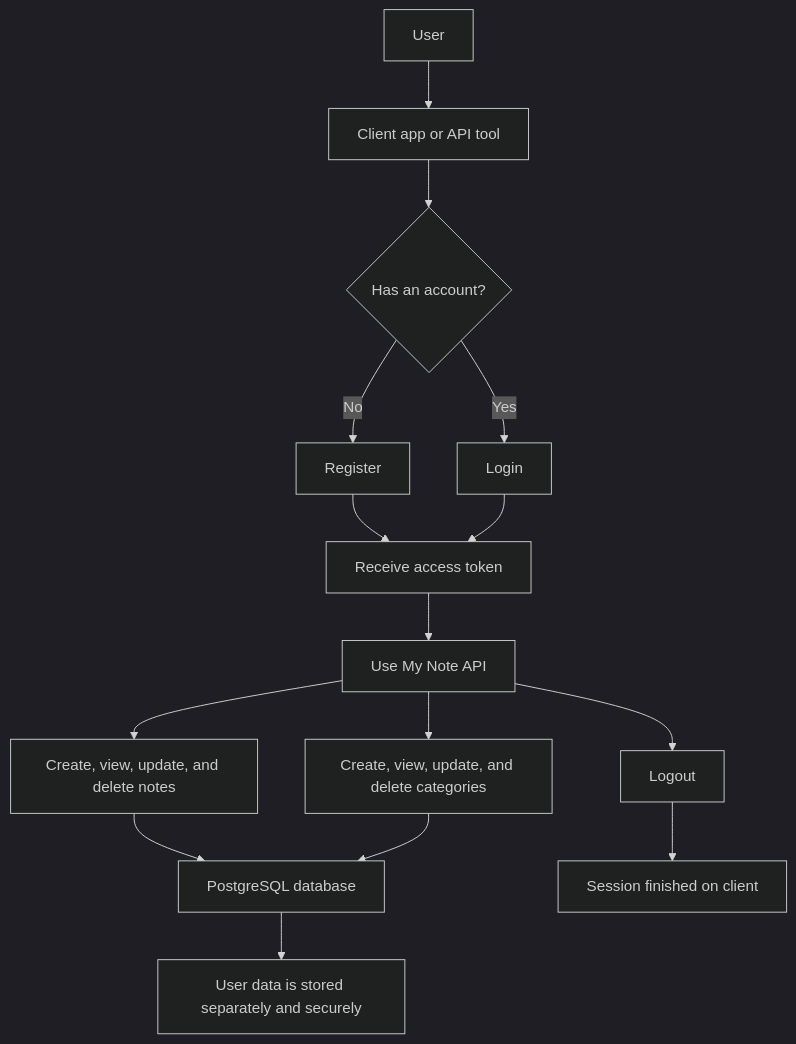
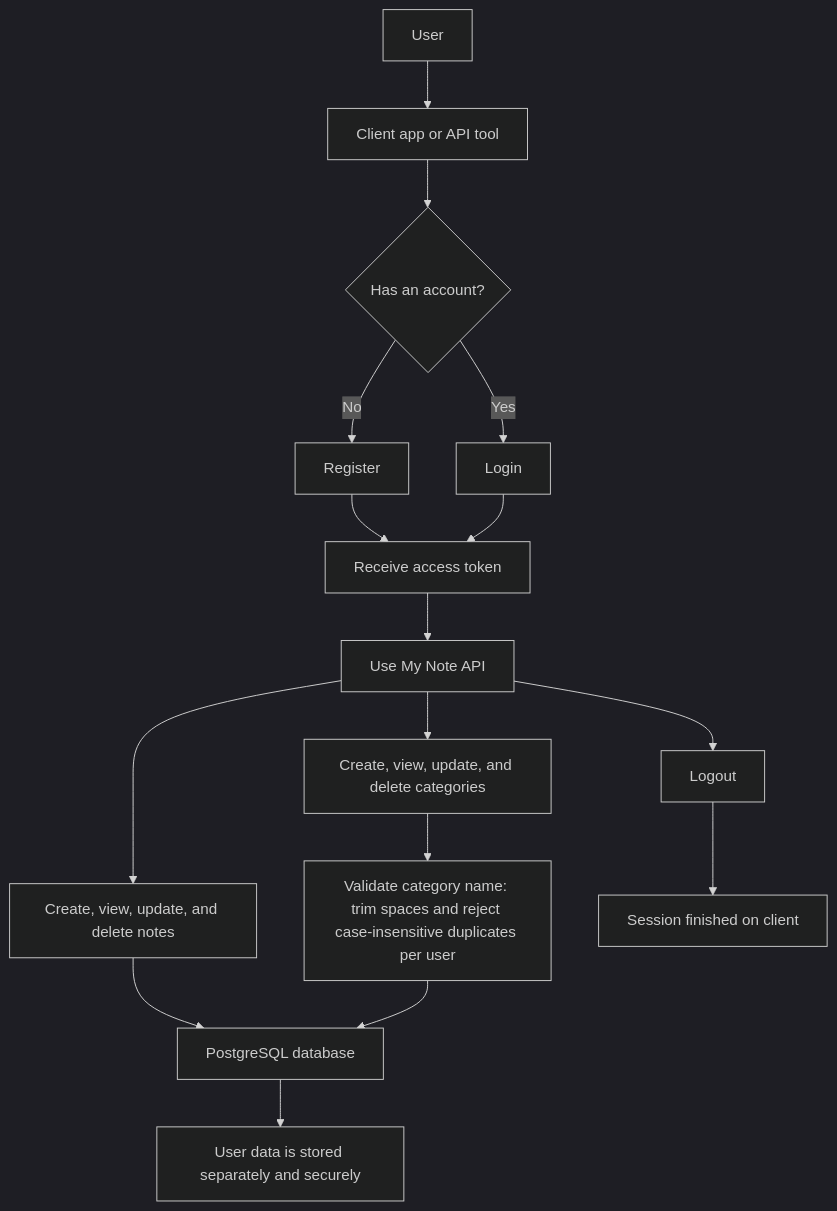
Before and after one commit to yoesuv/My-Note-SB: the diagram in README.md, drawn with Mermaid (dark theme). The commit also changed other lines of this file and 10 other files, not shown here.

````diff
--- a/README.md
+++ b/README.md
@@ -55,23 +56,24 @@
 ```mermaid
 flowchart TD
     user["User"] --> app["Client app or API tool"]
     app --> auth{"Has an account?"}
 
     auth -->|"No"| register["Register"]
     auth -->|"Yes"| login["Login"]
 
     register --> token["Receive access token"]
     login --> token
 
     token --> actions["Use My Note API"]
 
     actions --> notes["Create, view, update, and delete notes"]
     actions --> categories["Create, view, update, and delete categories"]
+    categories --> categoryRules["Validate category name: trim spaces and reject case-insensitive duplicates per user"]
     actions --> logout["Logout"]
 
     notes --> database["PostgreSQL database"]
-    categories --> database
+    categoryRules --> database
     logout --> finished["Session finished on client"]
 
     database --> saved["User data is stored separately and securely"]
 ```
````
